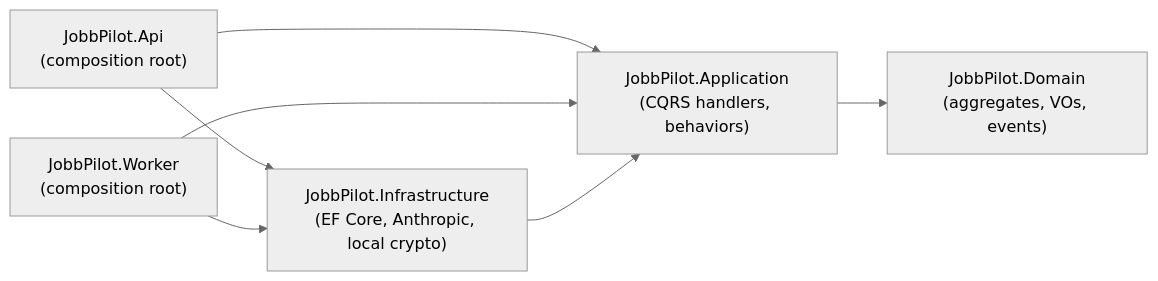
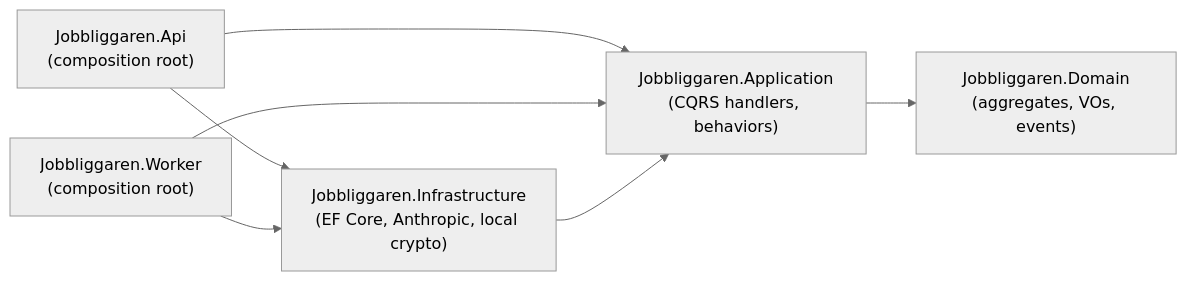
Before and after one commit to klasolsson81/jobbliggaren: the third of 3 diagrams in README.md, drawn with Mermaid (neutral theme). The commit also changed other lines of this file and 2149 other files, not shown here.

First line of the commit message:
refactor: rename JobbPilot → Jobbliggaren (ADR 0069) (#66)

````diff
--- a/README.md
+++ b/README.md
@@ -309,15 +309,15 @@
 ```mermaid
 flowchart LR
-    Api["JobbPilot.Api<br/>(composition root)"]
-    Worker["JobbPilot.Worker<br/>(composition root)"]
-    Infra["JobbPilot.Infrastructure<br/>(EF Core, Anthropic, local crypto)"]
-    App["JobbPilot.Application<br/>(CQRS handlers, behaviors)"]
-    Domain["JobbPilot.Domain<br/>(aggregates, VOs, events)"]
+    Api["Jobbliggaren.Api<br/>(composition root)"]
+    Worker["Jobbliggaren.Worker<br/>(composition root)"]
+    Infra["Jobbliggaren.Infrastructure<br/>(EF Core, Anthropic, local crypto)"]
+    App["Jobbliggaren.Application<br/>(CQRS handlers, behaviors)"]
+    Domain["Jobbliggaren.Domain<br/>(aggregates, VOs, events)"]
 
     Api --> App
     Api --> Infra
     Worker --> App
     Worker --> Infra
     Infra --> App
     App --> Domain
 ```
````
